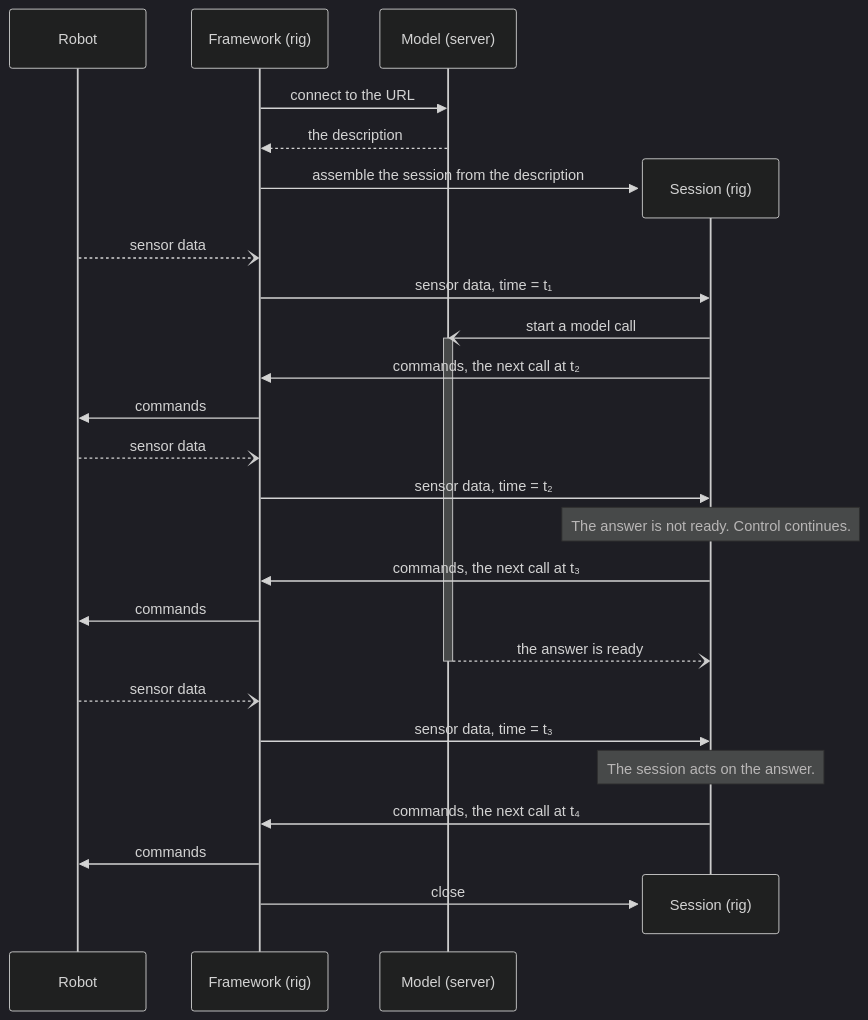
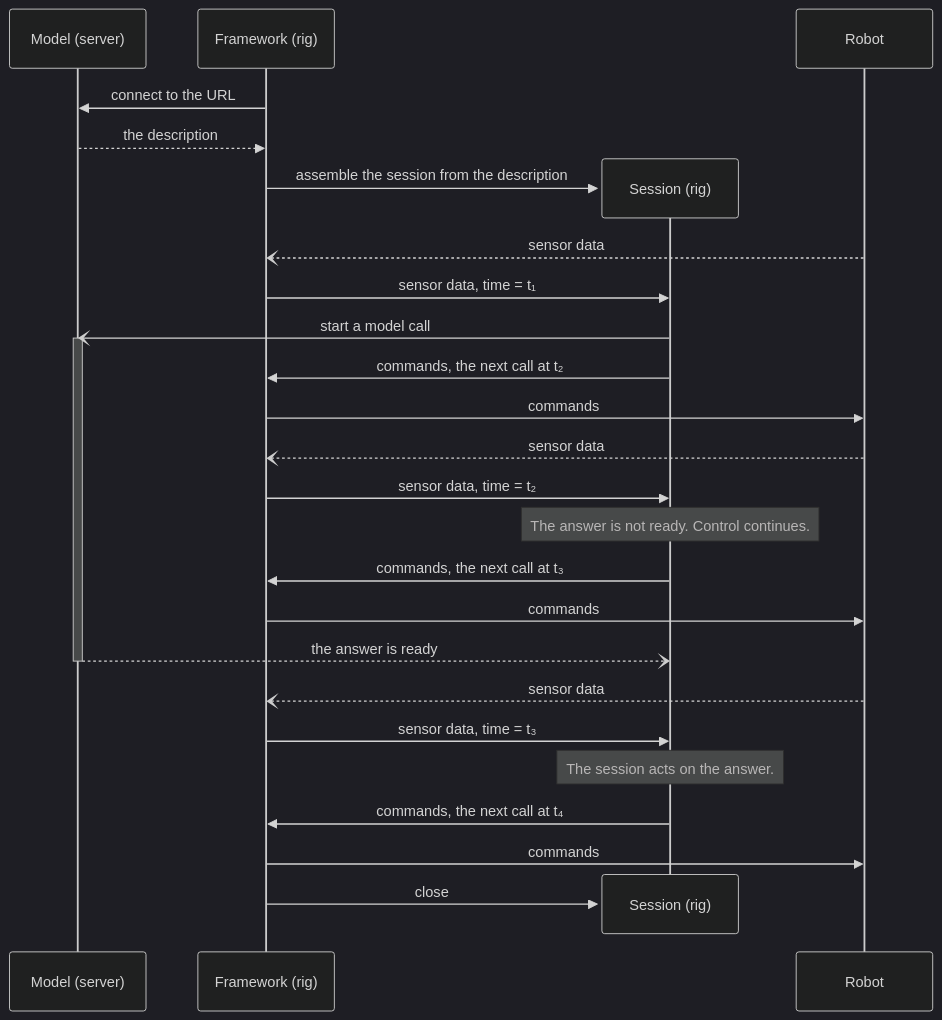
Before and after one commit to Positronic-Robotics/positronic: the first of 2 diagrams in positronic/policy/DESIGN.md, drawn with Mermaid (dark theme).

Commit message:
Mirror the diagram sides to keep the session beside the framework

````diff
--- a/positronic/policy/DESIGN.md
+++ b/positronic/policy/DESIGN.md
@@ -137,30 +137,29 @@
 ```mermaid
 sequenceDiagram
-    participant R as Robot
+    participant M as Model (server)
     participant F as Framework (rig)
-    participant M as Model (server)
     F->>M: connect to the URL
     M-->>F: the description
     create participant S as Session (rig)
     F->>S: assemble the session from the description
-    R--)F: sensor data
+    Robot--)F: sensor data
     F->>S: sensor data, time = t₁
     S-)M: start a model call
     activate M
     S->>F: commands, the next call at t₂
-    F->>R: commands
-    R--)F: sensor data
+    F->>Robot: commands
+    Robot--)F: sensor data
     F->>S: sensor data, time = t₂
     Note over S: The answer is not ready. Control continues.
     S->>F: commands, the next call at t₃
-    F->>R: commands
+    F->>Robot: commands
     M--)S: the answer is ready
     deactivate M
-    R--)F: sensor data
+    Robot--)F: sensor data
     F->>S: sensor data, time = t₃
     Note over S: The session acts on the answer.
     S->>F: commands, the next call at t₄
-    F->>R: commands
+    F->>Robot: commands
     destroy S
     F->>S: close
 ```
````
